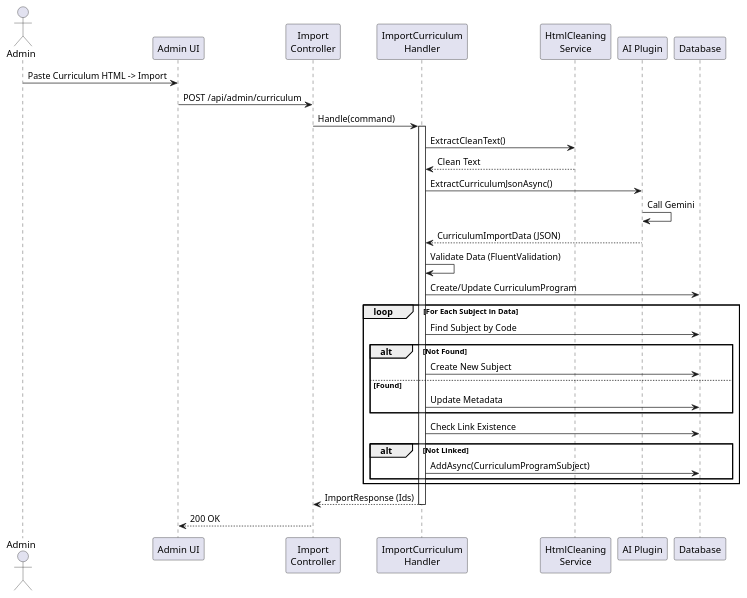
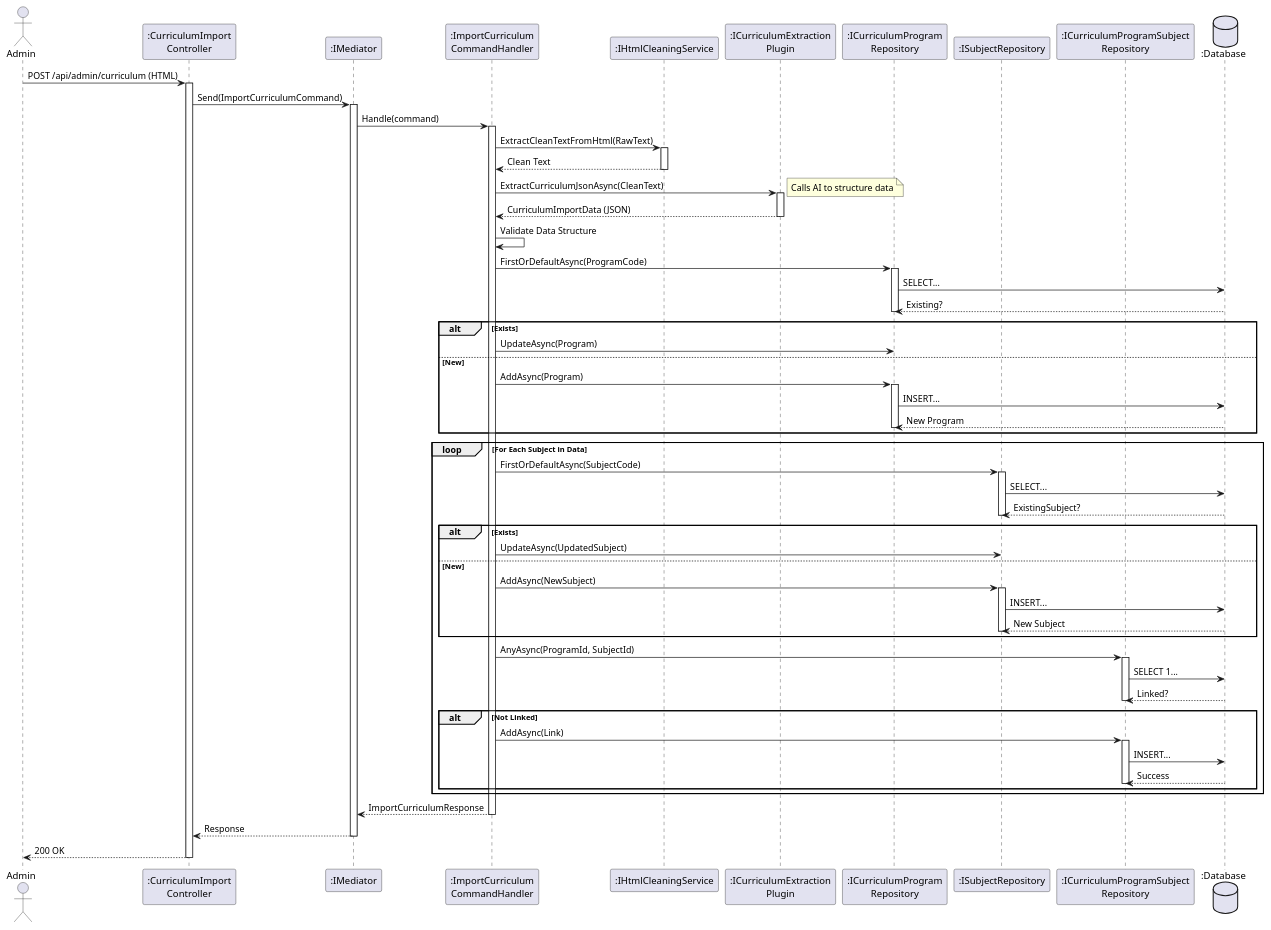
The diagram in docs/srs/diagrams/sequence-diagram/admin-curriculum-program/import-curriculum-seq.puml (FA25SE050-RogueLearn/RogueLearn.BMAD.Documentation), drawn with PlantUML before and after one commit. The commit also changed other lines of this file and 21 other files, not shown here.

```diff
--- a/docs/srs/diagrams/sequence-diagram/admin-curriculum-program/import-curriculum-seq.puml
+++ b/docs/srs/diagrams/sequence-diagram/admin-curriculum-program/import-curriculum-seq.puml
@@ -2,44 +1,95 @@
 @startuml
 actor Admin
-participant "Admin UI" as UI
-participant "Import\nController" as Controller
-participant "ImportCurriculum\nHandler" as Handler
-participant "HtmlCleaning\nService" as Cleaner
-participant "AI Plugin" as AI
-participant "Database" as DB
+participant ":CurriculumImport\nController" as Controller
+participant ":IMediator" as Med
+participant ":ImportCurriculum\nCommandHandler" as Handler
+participant ":IHtmlCleaningService" as Cleaner
+participant ":ICurriculumExtraction\nPlugin" as AIPlugin
+participant ":ICurriculumProgram\nRepository" as ProgRepo
+participant ":ISubjectRepository" as SubRepo
+participant ":ICurriculumProgramSubject\nRepository" as LinkRepo
+database ":Database" as DB
 
-Admin -> UI : Paste Curriculum HTML -> Import
-UI -> Controller : POST /api/admin/curriculum
-Controller -> Handler : Handle(command)
+Admin -> Controller : POST /api/admin/curriculum (HTML)
+activate Controller
 
+Controller -> Med : Send(ImportCurriculumCommand)
+activate Med
+
+Med -> Handler : Handle(command)
 activate Handler
-    Handler -> Cleaner : ExtractCleanText()
-    Cleaner --> Handler : Clean Text
-    
-    Handler -> AI : ExtractCurriculumJsonAsync()
-    AI -> AI : Call Gemini
-    AI --> Handler : CurriculumImportData (JSON)
-    
-    Handler -> Handler : Validate Data (FluentValidation)
-    
-    Handler -> DB : Create/Update CurriculumProgram
-    
-    loop For Each Subject in Data
-        Handler -> DB : Find Subject by Code
-        alt Not Found
-            Handler -> DB : Create New Subject
-        else Found
-            Handler -> DB : Update Metadata
-        end
-        
-        Handler -> DB : Check Link Existence
-        alt Not Linked
-            Handler -> DB : AddAsync(CurriculumProgramSubject)
-        end
+
+' 1. Clean & Parse
+Handler -> Cleaner : ExtractCleanTextFromHtml(RawText)
+activate Cleaner
+Cleaner --> Handler : Clean Text
+deactivate Cleaner
+
+Handler -> AIPlugin : ExtractCurriculumJsonAsync(CleanText)
+activate AIPlugin
+note right: Calls AI to structure data
+AIPlugin --> Handler : CurriculumImportData (JSON)
+deactivate AIPlugin
+
+Handler -> Handler : Validate Data Structure
+
+' 2. Create/Update Program
+Handler -> ProgRepo : FirstOrDefaultAsync(ProgramCode)
+activate ProgRepo
+ProgRepo -> DB : SELECT...
+DB --> ProgRepo : Existing?
+deactivate ProgRepo
+
+alt Exists
+    Handler -> ProgRepo : UpdateAsync(Program)
+else New
+    Handler -> ProgRepo : AddAsync(Program)
+    activate ProgRepo
+    ProgRepo -> DB : INSERT...
+    DB --> ProgRepo : New Program
+    deactivate ProgRepo
+end
+
+' 3. Process Subjects
+loop For Each Subject in Data
+    Handler -> SubRepo : FirstOrDefaultAsync(SubjectCode)
+    activate SubRepo
+    SubRepo -> DB : SELECT...
+    DB --> SubRepo : ExistingSubject?
+    deactivate SubRepo
+
+    alt Exists
+        Handler -> SubRepo : UpdateAsync(UpdatedSubject)
+    else New
+        Handler -> SubRepo : AddAsync(NewSubject)
+        activate SubRepo
+        SubRepo -> DB : INSERT...
+        DB --> SubRepo : New Subject
+        deactivate SubRepo
     end
-    
-    Handler --> Controller : ImportResponse (Ids)
+
+    ' 4. Link to Program
+    Handler -> LinkRepo : AnyAsync(ProgramId, SubjectId)
+    activate LinkRepo
+    LinkRepo -> DB : SELECT 1...
+    DB --> LinkRepo : Linked?
+    deactivate LinkRepo
+
+    alt Not Linked
+        Handler -> LinkRepo : AddAsync(Link)
+        activate LinkRepo
+        LinkRepo -> DB : INSERT...
+        DB --> LinkRepo : Success
+        deactivate LinkRepo
+    end
+end
+
+Handler --> Med : ImportCurriculumResponse
 deactivate Handler
 
-Controller --> UI : 200 OK
+Med --> Controller : Response
+deactivate Med
+
+Controller --> Admin : 200 OK
+deactivate Controller
 @enduml
```
